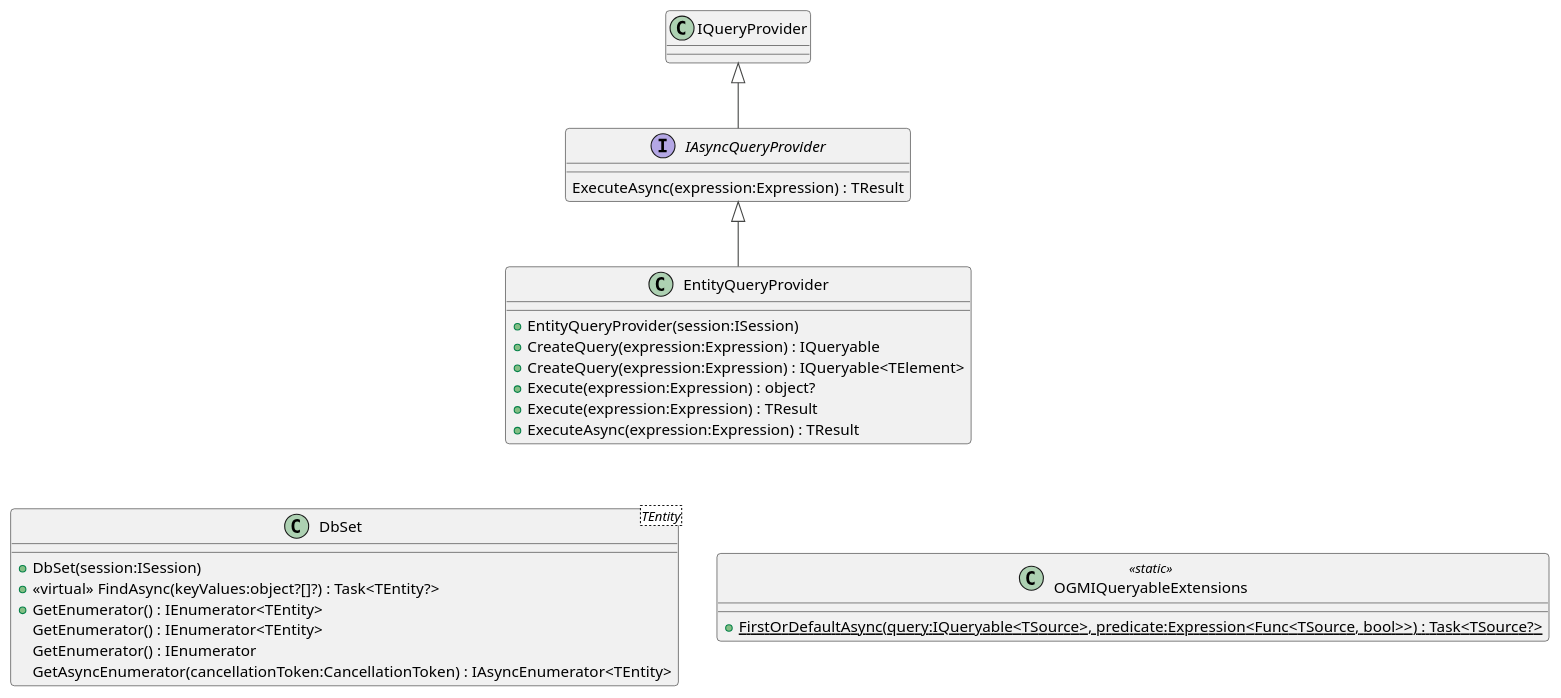
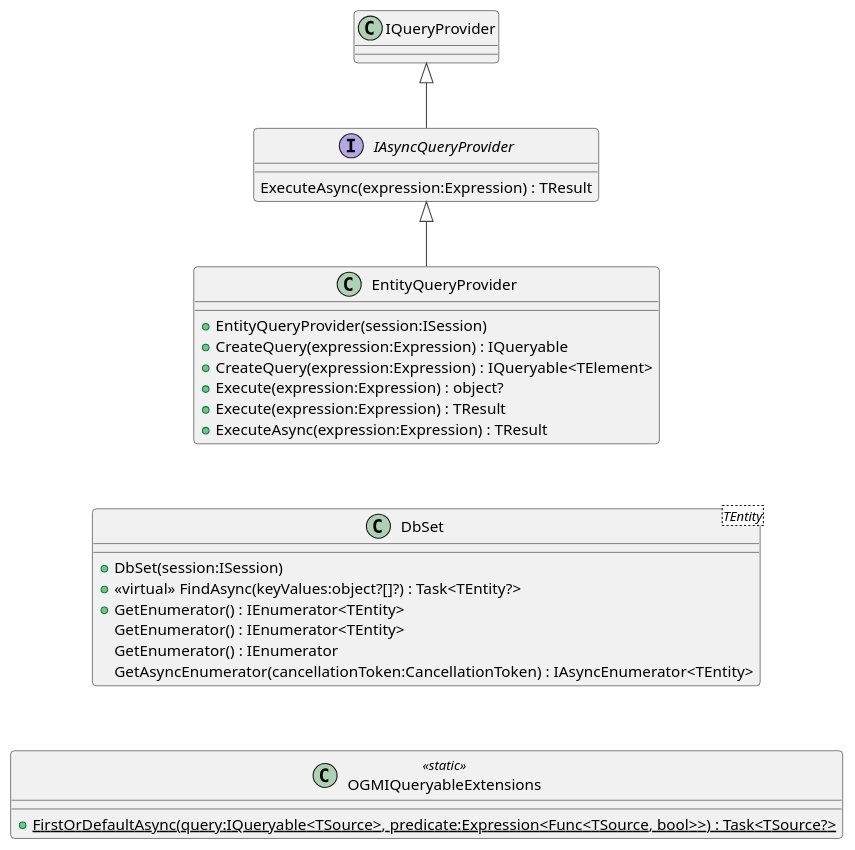
The diagram in content/queryprovider.puml (TomStary/masters-thesis), drawn with PlantUML before and after one commit. The commit also changed 13 other files, not shown here.

```diff
--- a/content/queryprovider.puml
+++ b/content/queryprovider.puml
@@ -1,35 +1,35 @@
 @startuml QueryProvider
 !theme vibrant
 
 interface IAsyncQueryProvider {
     ExecuteAsync(expression:Expression) : TResult
 }
 IQueryProvider <|-- IAsyncQueryProvider
 
 class EntityQueryProvider {
     + EntityQueryProvider(session:ISession)
     + CreateQuery(expression:Expression) : IQueryable
     + CreateQuery(expression:Expression) : IQueryable<TElement>
     + Execute(expression:Expression) : object?
     + Execute(expression:Expression) : TResult
     + ExecuteAsync(expression:Expression) : TResult
 }
 IAsyncQueryProvider <|-- EntityQueryProvider
 
 class "DbSet"<TEntity> {
     + DbSet(session:ISession)
     + <<virtual>> FindAsync(keyValues:object?[]?) : Task<TEntity?>
     + GetEnumerator() : IEnumerator<TEntity>
     GetEnumerator() : IEnumerator<TEntity>
     GetEnumerator() : IEnumerator
     GetAsyncEnumerator(cancellationToken:CancellationToken) : IAsyncEnumerator<TEntity>
 }
 
 class OGMIQueryableExtensions <<static>> {
     + {static} FirstOrDefaultAsync(query:IQueryable<TSource>, predicate:Expression<Func<TSource, bool>>) : Task<TSource?>
 }
 
-EntityQueryProvider -[hidden]-> OGMIQueryableExtensions
+DbSet -[hidden]-> OGMIQueryableExtensions
 EntityQueryProvider -[hidden]-> DbSet
 
 @enduml
```
